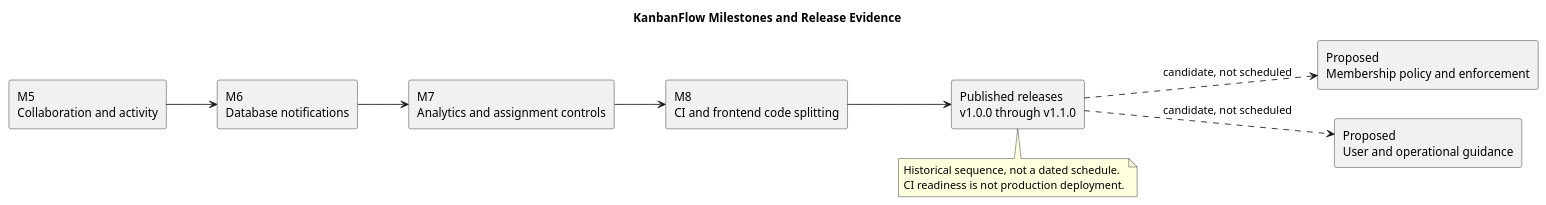
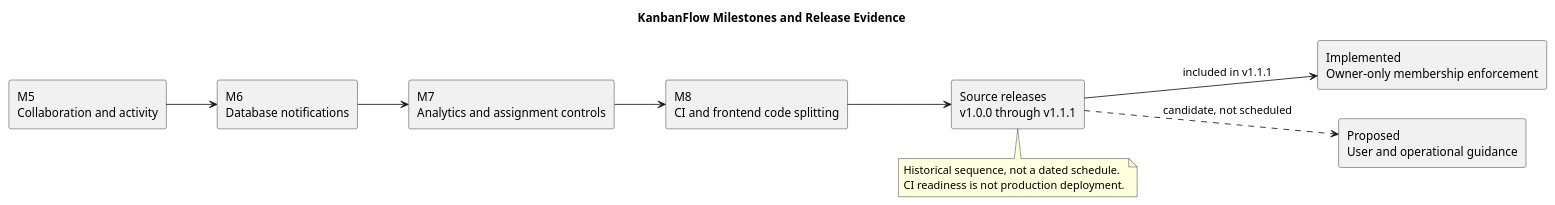
The diagram in docs/Project-Management/diagrams/milestones.puml (Farhad-Valizadegan/Web-KanbanFlow), drawn with PlantUML before and after one commit. The commit also changed 127 other files, not shown here.

```diff
--- a/docs/Project-Management/diagrams/milestones.puml
+++ b/docs/Project-Management/diagrams/milestones.puml
@@ -1,21 +1,21 @@
 @startuml
 title KanbanFlow Milestones and Release Evidence
 left to right direction
 rectangle "M5\nCollaboration and activity" as M5
 rectangle "M6\nDatabase notifications" as M6
 rectangle "M7\nAnalytics and assignment controls" as M7
 rectangle "M8\nCI and frontend code splitting" as M8
-rectangle "Published releases\nv1.0.0 through v1.1.0" as R
-rectangle "Proposed\nMembership policy and enforcement" as P
+rectangle "Source releases\nv1.0.0 through v1.1.1" as R
+rectangle "Implemented\nOwner-only membership enforcement" as P
 rectangle "Proposed\nUser and operational guidance" as G
 M5 --> M6
 M6 --> M7
 M7 --> M8
 M8 --> R
-R ..> P : candidate, not scheduled
+R --> P : included in v1.1.1
 R ..> G : candidate, not scheduled
 note bottom of R
 Historical sequence, not a dated schedule.
 CI readiness is not production deployment.
 end note
 @enduml
```
